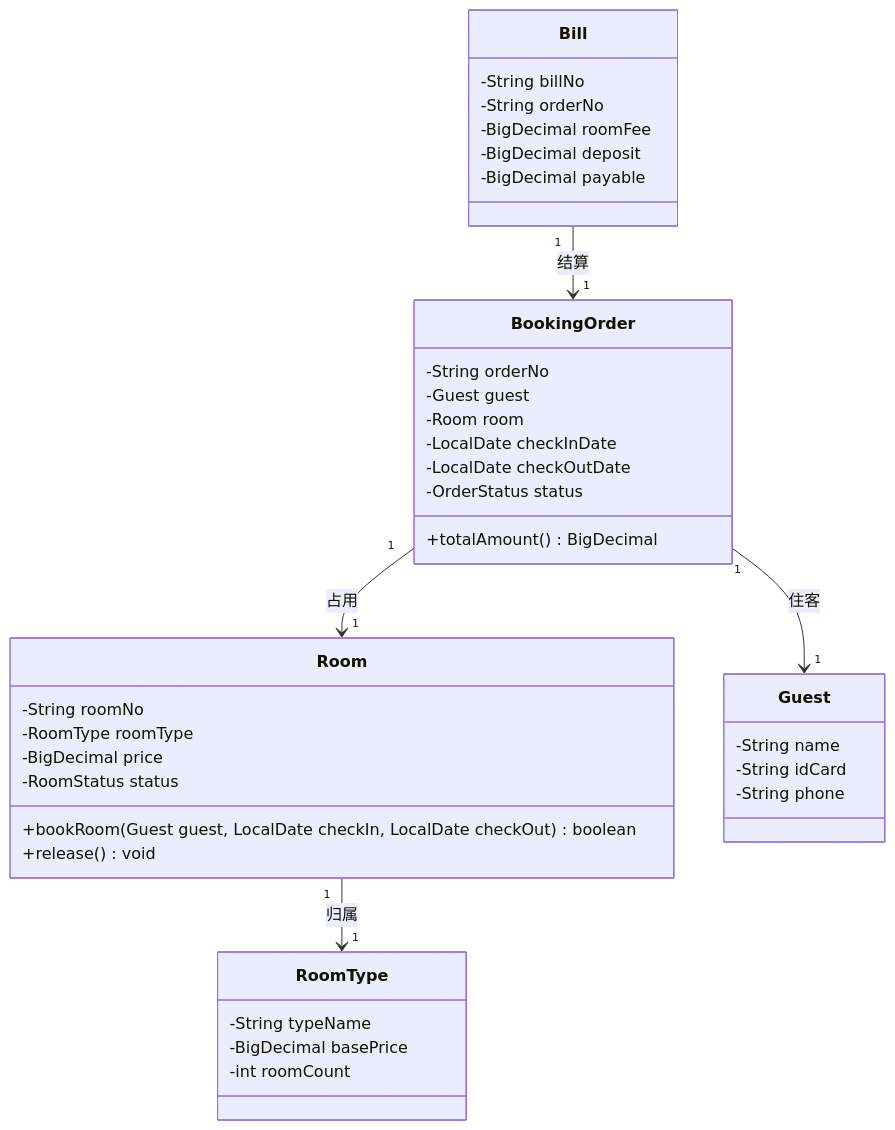
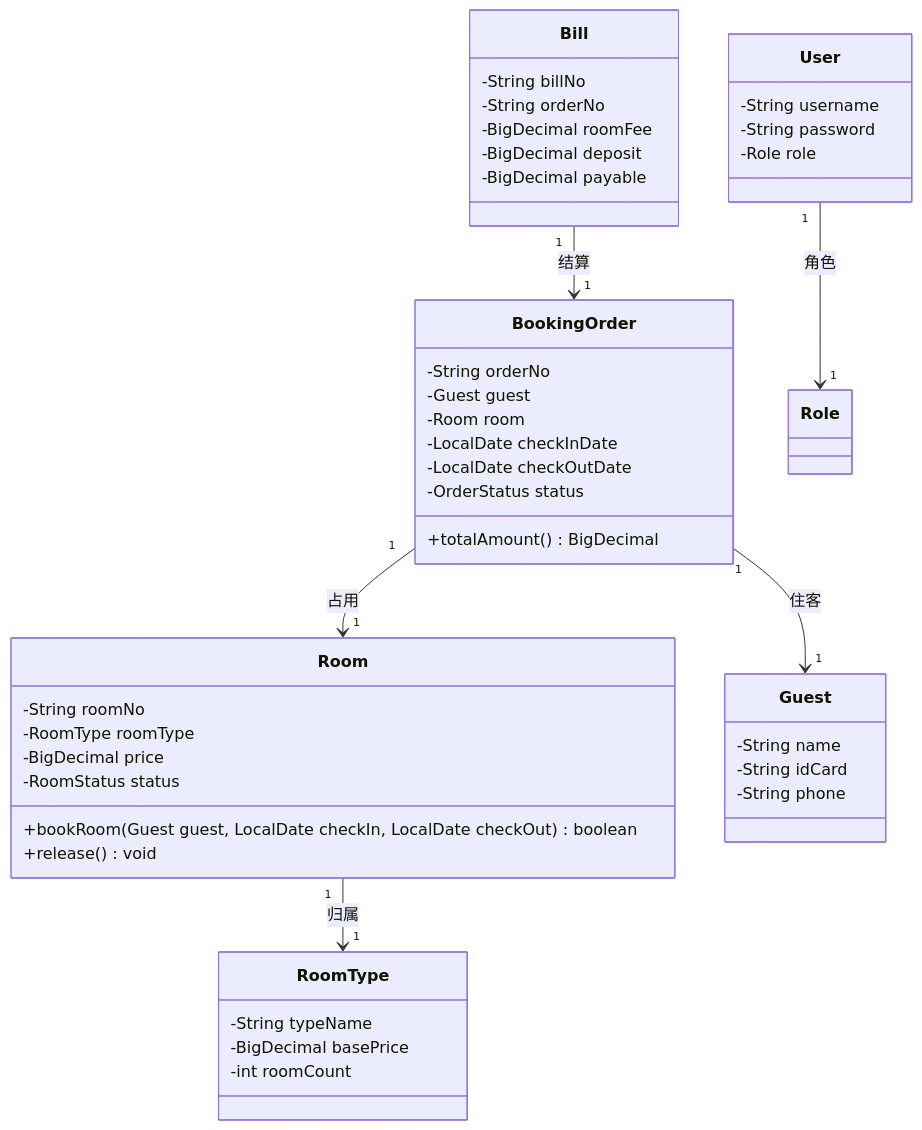
Before and after one commit to STU-team/Study_Room_Reservation: the diagram in docs/contract/接口契约.md, drawn with Mermaid. The commit also changed other lines of this file and 5 other files, not shown here.

Commit message:
A-1: 插入图4 PR评审截图；接口契约v0.2（登录角色/额外消费）；记录B评审

````diff
--- a/docs/contract/接口契约.md
+++ b/docs/contract/接口契约.md
@@ -52,41 +60,47 @@
 ```mermaid
 classDiagram
     class Room {
         -String roomNo
         -RoomType roomType
         -BigDecimal price
         -RoomStatus status
         +bookRoom(Guest guest, LocalDate checkIn, LocalDate checkOut) boolean
         +release() void
     }
     class RoomType {
         -String typeName
         -BigDecimal basePrice
         -int roomCount
     }
     class Guest {
         -String name
         -String idCard
         -String phone
     }
     class BookingOrder {
         -String orderNo
         -Guest guest
         -Room room
         -LocalDate checkInDate
         -LocalDate checkOutDate
         -OrderStatus status
         +totalAmount() BigDecimal
     }
     class Bill {
         -String billNo
         -String orderNo
         -BigDecimal roomFee
         -BigDecimal deposit
         -BigDecimal payable
     }
+    class User {
+        -String username
+        -String password
+        -Role role
+    }
     Room "1" --> "1" RoomType : 归属
+    User "1" --> "1" Role : 角色
     BookingOrder "1" --> "1" Room : 占用
     BookingOrder "1" --> "1" Guest : 住客
     Bill "1" --> "1" BookingOrder : 结算
 ```
````
